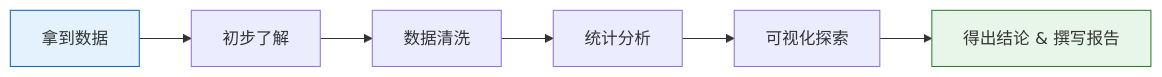
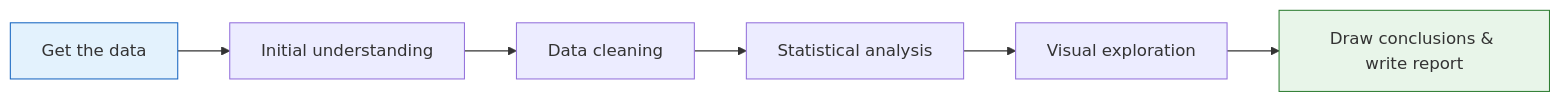
Before and after one commit to oudbiao/AI-fullstack-course: the second of 3 diagrams in docs/ch03-data-analysis/ch06-projects/01-eda-project.md, drawn with Mermaid. The commit also changed other lines of this file and 1406 other files, not shown here.

````diff
--- a/docs/ch03-data-analysis/ch06-projects/01-eda-project.md
+++ b/docs/ch03-data-analysis/ch06-projects/01-eda-project.md
@@ -37,11 +37,11 @@
 ```mermaid
 flowchart LR
-    A["拿到数据"] --> B["初步了解"]
-    B --> C["数据清洗"]
-    C --> D["统计分析"]
-    D --> E["可视化探索"]
-    E --> F["得出结论 & 撰写报告"]
+    A["Get the data"] --> B["Initial understanding"]
+    B --> C["Data cleaning"]
+    C --> D["Statistical analysis"]
+    D --> E["Visual exploration"]
+    E --> F["Draw conclusions & write report"]
 
     style A fill:#e3f2fd,stroke:#1565c0,color:#333
     style F fill:#e8f5e9,stroke:#2e7d32,color:#333
 ```
````
